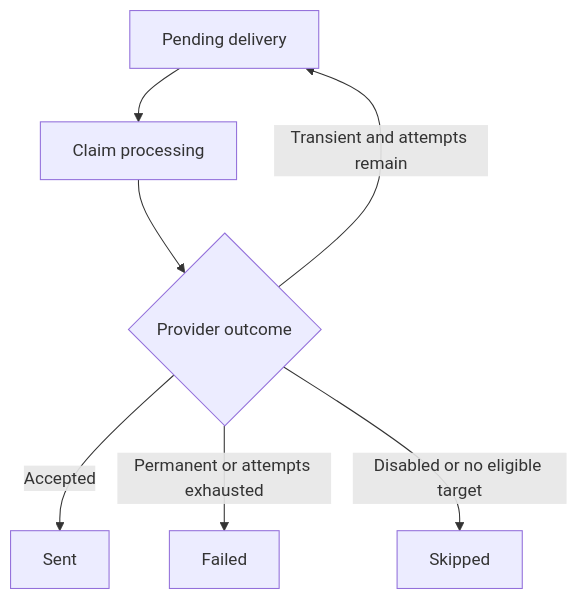
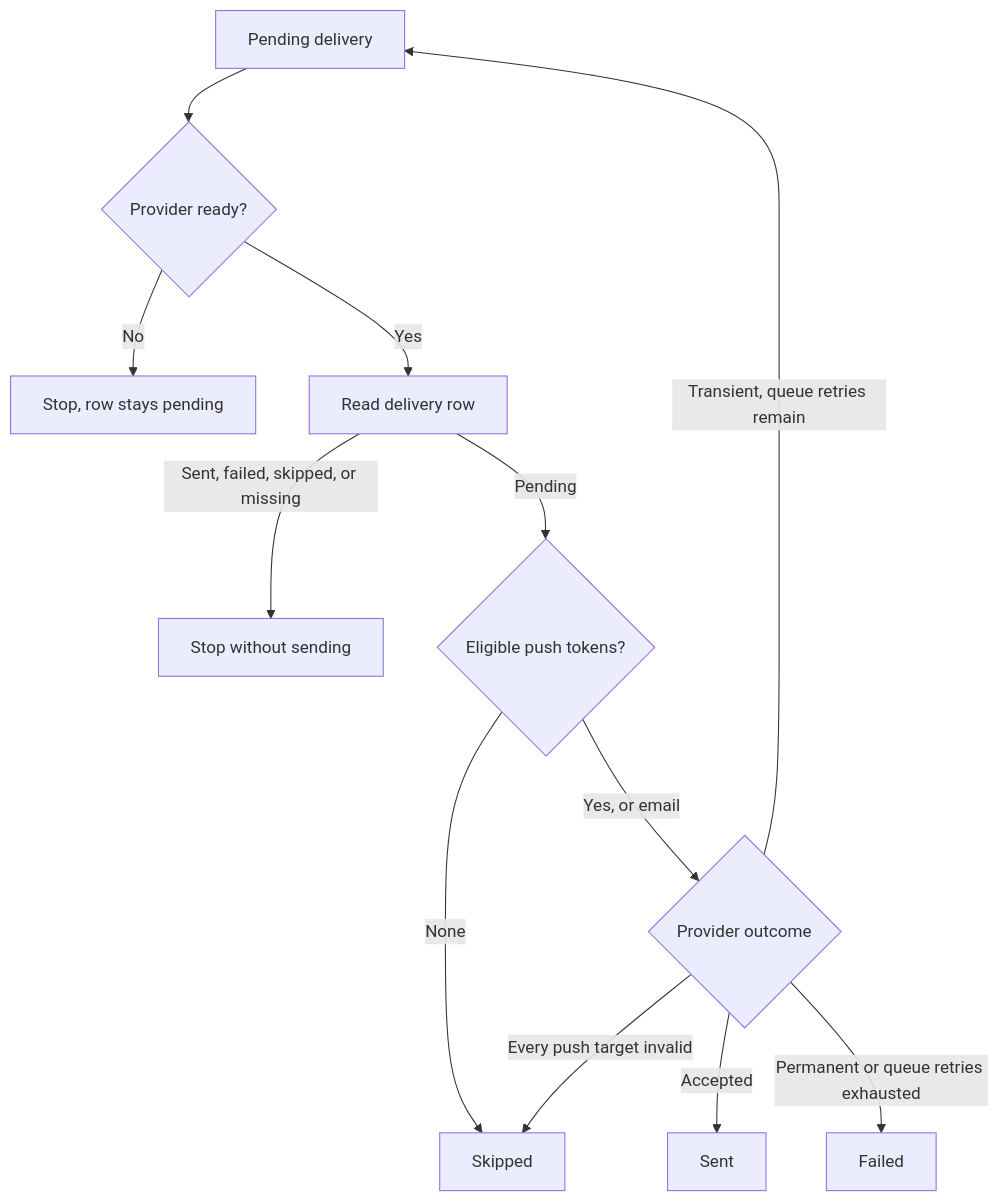
One commit to Gzerox/ack-nestjs-boilerplate changed the second of 2 diagrams in docs/notification.md. Above: the diagram before and after it, drawn with Mermaid. The commit also changed other lines of this file and 1 other file, not shown here.

Commit message:
docs(notification): describe delivery flow and ses and sns max attempts

````diff
--- a/docs/notification.md
+++ b/docs/notification.md
@@ -309,9 +307,14 @@
 ```mermaid
 flowchart TD
-    A[Pending delivery] --> B[Claim processing]
-    B --> C{Provider outcome}
+    A[Pending delivery] --> P{Provider ready?}
+    P -->|No| G[Stop, row stays pending]
+    P -->|Yes| B[Read delivery row]
+    B -->|Sent, failed, skipped, or missing| G2[Stop without sending]
+    B -->|Pending| H{Eligible push tokens?}
+    H -->|None| F[Skipped]
+    H -->|Yes, or email| C{Provider outcome}
     C -->|Accepted| D[Sent]
-    C -->|Transient and attempts remain| A
-    C -->|Permanent or attempts exhausted| E[Failed]
-    C -->|Disabled or no eligible target| F[Skipped]
+    C -->|Every push target invalid| F
+    C -->|Transient, queue retries remain| A
+    C -->|Permanent or queue retries exhausted| E[Failed]
 ```
````
